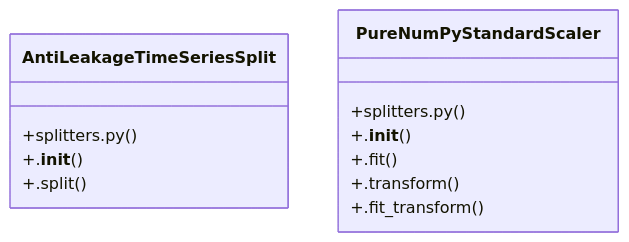
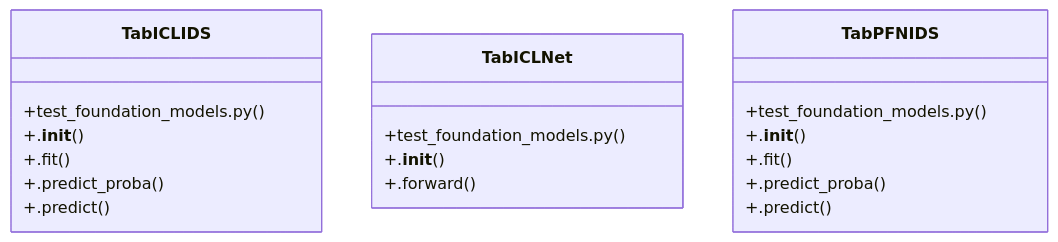
One commit to FY72X9/is_ai-vuln changed the diagram in graphify-out/wiki/Community_10.md. Above: the diagram before and after it, drawn with Mermaid. The commit also changed other lines of this file and 108 other files, not shown here.

Commit message:
docs: add generated knowledge graph wiki and cache files

````diff
--- a/graphify-out/wiki/Community_10.md
+++ b/graphify-out/wiki/Community_10.md
@@ -27,15 +27,22 @@
 ```mermaid
 classDiagram
-    class AntiLeakageTimeSeriesSplit {
-        +splitters.py()
-        +.__init__()
-        +.split()
-    }
-    class PureNumPyStandardScaler {
-        +splitters.py()
+    class TabICLIDS {
+        +test_foundation_models.py()
         +.__init__()
         +.fit()
-        +.transform()
-        +.fit_transform()
+        +.predict_proba()
+        +.predict()
+    }
+    class TabICLNet {
+        +test_foundation_models.py()
+        +.__init__()
+        +.forward()
+    }
+    class TabPFNIDS {
+        +test_foundation_models.py()
+        +.__init__()
+        +.fit()
+        +.predict_proba()
+        +.predict()
     }
 ```
````
